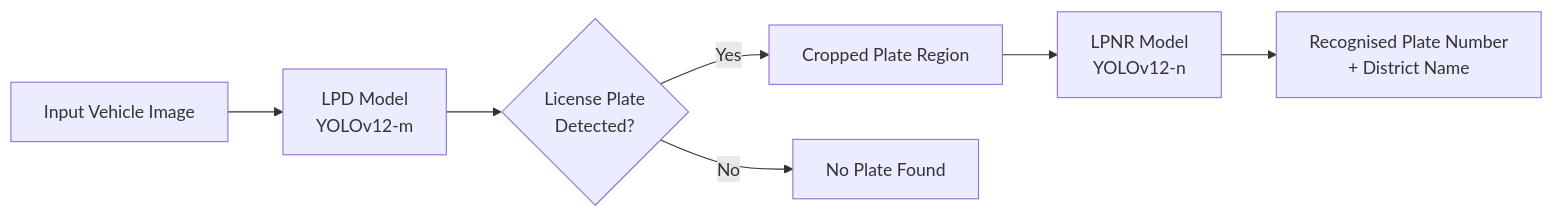
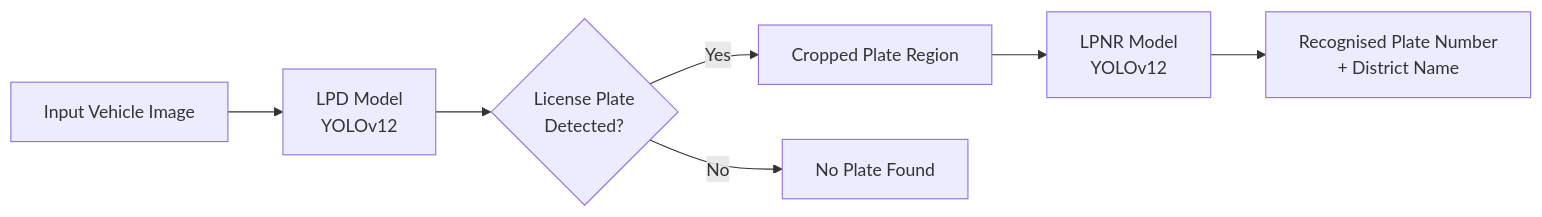
Before and after one commit to prosensarker4/BLPD: the diagram in README.md, drawn with Mermaid. The commit also changed other lines of this file, not shown here.

````diff
--- a/README.md
+++ b/README.md
@@ -40,9 +38,9 @@
 ```mermaid
 graph LR
-    A[Input Vehicle Image] --> B[LPD Model<br/>YOLOv12‑m]
+    A[Input Vehicle Image] --> B[LPD Model<br/>YOLOv12]
     B --> C{License Plate<br/>Detected?}
     C -->|Yes| D[Cropped Plate Region]
-    D --> E[LPNR Model<br/>YOLOv12‑n]
+    D --> E[LPNR Model<br/>YOLOv12]
     E --> F[Recognised Plate Number<br/>+ District Name]
     C -->|No| G[No Plate Found]
 ```
````
